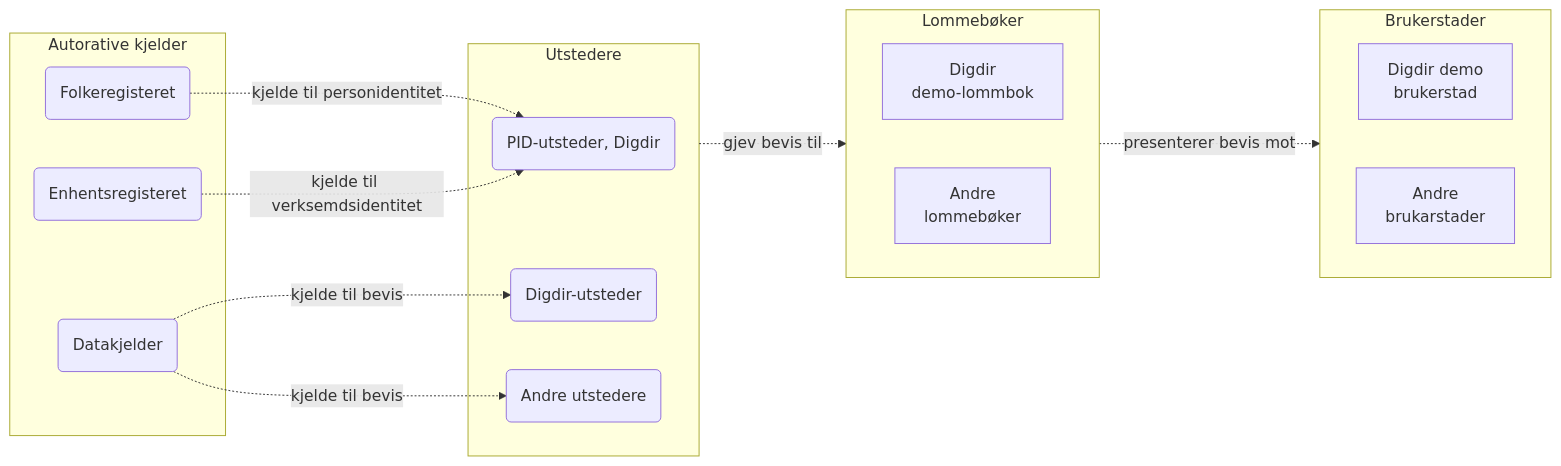
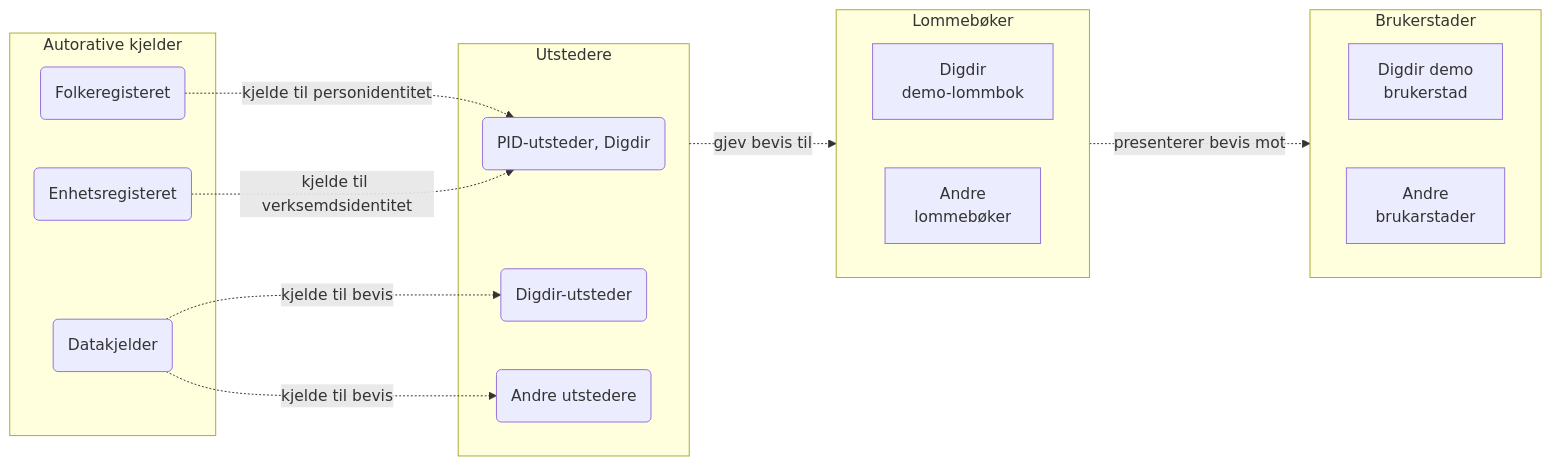
The second of 3 diagrams in _docs/lommebok/lommebok_arkitektur.md (felleslosninger/docs), drawn with Mermaid before and after one commit. The commit also changed other lines of this file and 4 other files, not shown here.

```diff
--- a/_docs/lommebok/lommebok_arkitektur.md
+++ b/_docs/lommebok/lommebok_arkitektur.md
@@ -44,44 +44,44 @@
 <div class="mermaid">
 graph LR
   subgraph AK [Autorative kjelder]
   F(Folkeregisteret)
-  E(Enhentsregisteret)
+  E(Enhetsregisteret)
   D(Datakjelder)
   end
 
   subgraph U [Utstedere]
   PID(PID-utsteder, Digdir)
   DI(Digdir-utsteder)
   I(Andre utstedere)
   end
 
   subgraph L [Lommebøker]
   direction LR
   DW["Digdir
 demo-lommbok"]
   W["Andre 
 lommebøker"]
   end
 
   subgraph B [Brukerstader]
   direction LR
   DRP["Digdir demo
 brukerstad"]
   RP["Andre
 brukarstader"]
   end
 
 
 
   F -. kjelde til personidentitet  .-> PID
   E -. kjelde til verksemdsidentitet .-> PID
 
   D -. kjelde til bevis .-> DI
   D -. kjelde til bevis .-> I
 
   U -. gjev bevis til .-> L
 
   L -. presenterer bevis mot .-> B
 
 
 </div>
```
